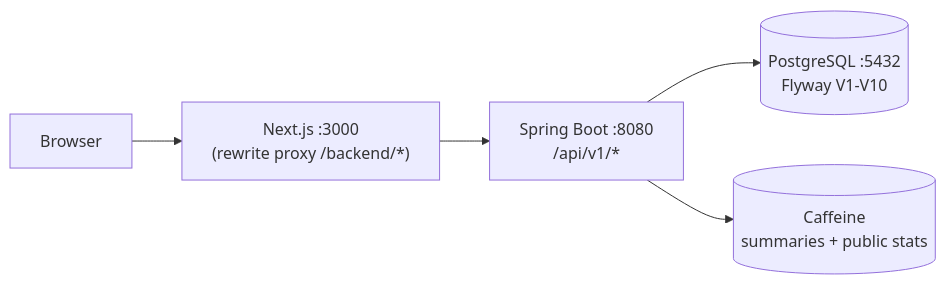
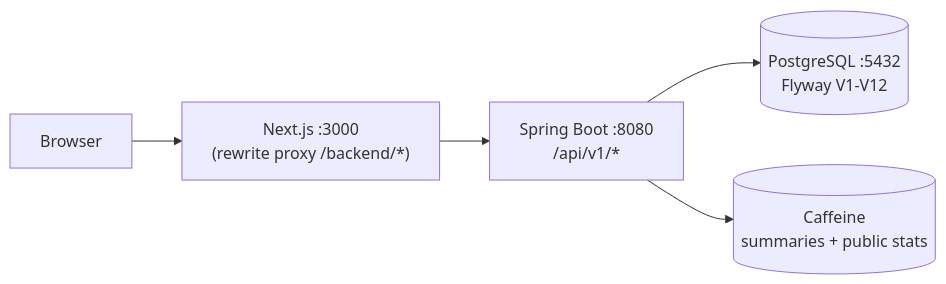
The diagram in README.md (azerish25-ux/online-banking-simulator), drawn with Mermaid before and after one commit. The commit also changed other lines of this file and 29 other files, not shown here.

````diff
--- a/README.md
+++ b/README.md
@@ -32,7 +34,7 @@
 ```mermaid
 flowchart LR
     Browser --> Next["Next.js :3000<br/>(rewrite proxy /backend/*)"]
     Next --> API["Spring Boot :8080<br/>/api/v1/*"]
-    API --> PG[("PostgreSQL :5432<br/>Flyway V1-V10")]
+    API --> PG[("PostgreSQL :5432<br/>Flyway V1-V12")]
     API --> Cache[("Caffeine<br/>summaries + public stats")]
 ```
````
